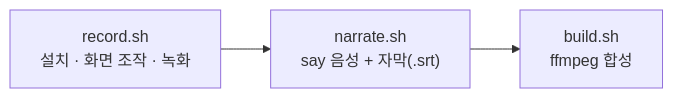
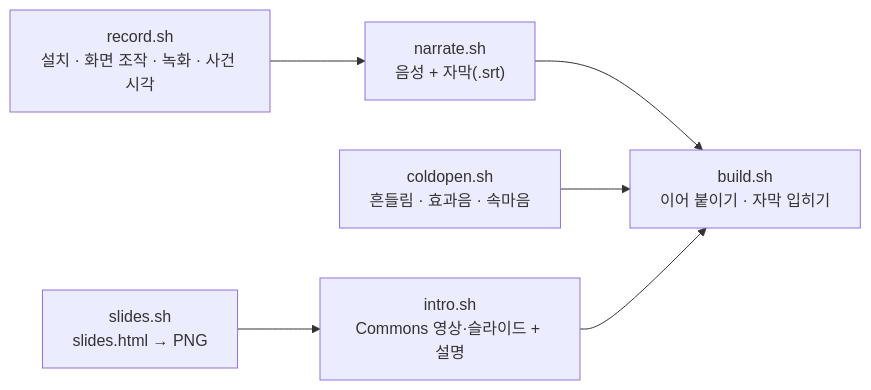
Before and after one commit to JoisFe/deja-vroom: the diagram in scripts/demo-video/README.md, drawn with Mermaid. The commit also changed other lines of this file and 14 other files, not shown here.

````diff
--- a/scripts/demo-video/README.md
+++ b/scripts/demo-video/README.md
@@ -5,4 +12,6 @@
 ```mermaid
 flowchart LR
-    R["record.sh<br/>설치 · 화면 조작 · 녹화"] --> N["narrate.sh<br/>say 음성 + 자막(.srt)"] --> M["build.sh<br/>ffmpeg 합성"]
+    R["record.sh<br/>설치 · 화면 조작 · 녹화 · 사건 시각"] --> N["narrate.sh<br/>음성 + 자막(.srt)"] --> B["build.sh<br/>이어 붙이기 · 자막 입히기"]
+    C["coldopen.sh<br/>흔들림 · 효과음 · 속마음"] --> B
+    S["slides.sh<br/>slides.html → PNG"] --> I["intro.sh<br/>Commons 영상·슬라이드 + 설명"] --> B
 ```
````
